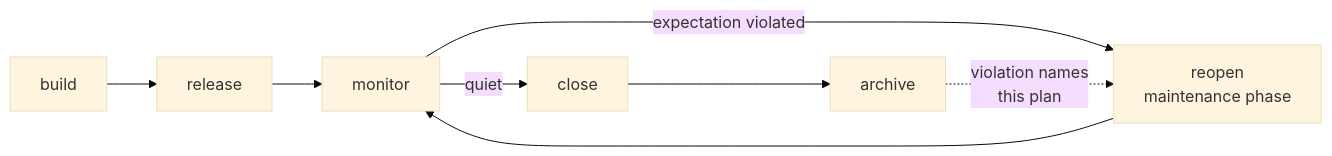
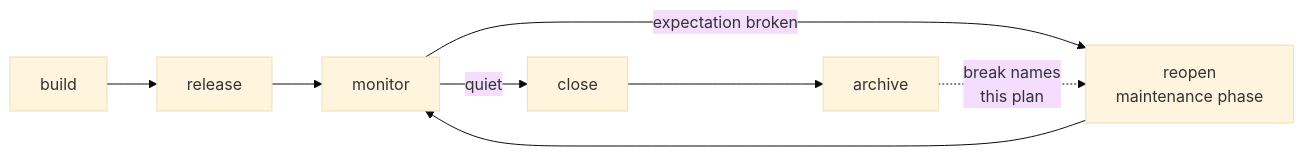
Before and after one commit to infinitedusky/indusk: the first of 3 diagrams in apps/docs/src/guide/plan-lifecycle.md, drawn with Mermaid (base theme). The commit also changed other lines of this file and 27 other files, not shown here.

````diff
--- a/apps/docs/src/guide/plan-lifecycle.md
+++ b/apps/docs/src/guide/plan-lifecycle.md
@@ -23,10 +23,10 @@
 ```mermaid
 flowchart LR
     Build["build"] --> Release["release"]
     Release --> Monitor["monitor"]
     Monitor -->|quiet| Close["close"]
     Close --> Archive["archive"]
-    Monitor -->|expectation violated| Reopen["reopen<br/>maintenance phase"]
+    Monitor -->|expectation broken| Reopen["reopen<br/>maintenance phase"]
     Reopen --> Monitor
-    Archive -.->|violation names<br/>this plan| Reopen
+    Archive -.->|break names<br/>this plan| Reopen
 ```
````
